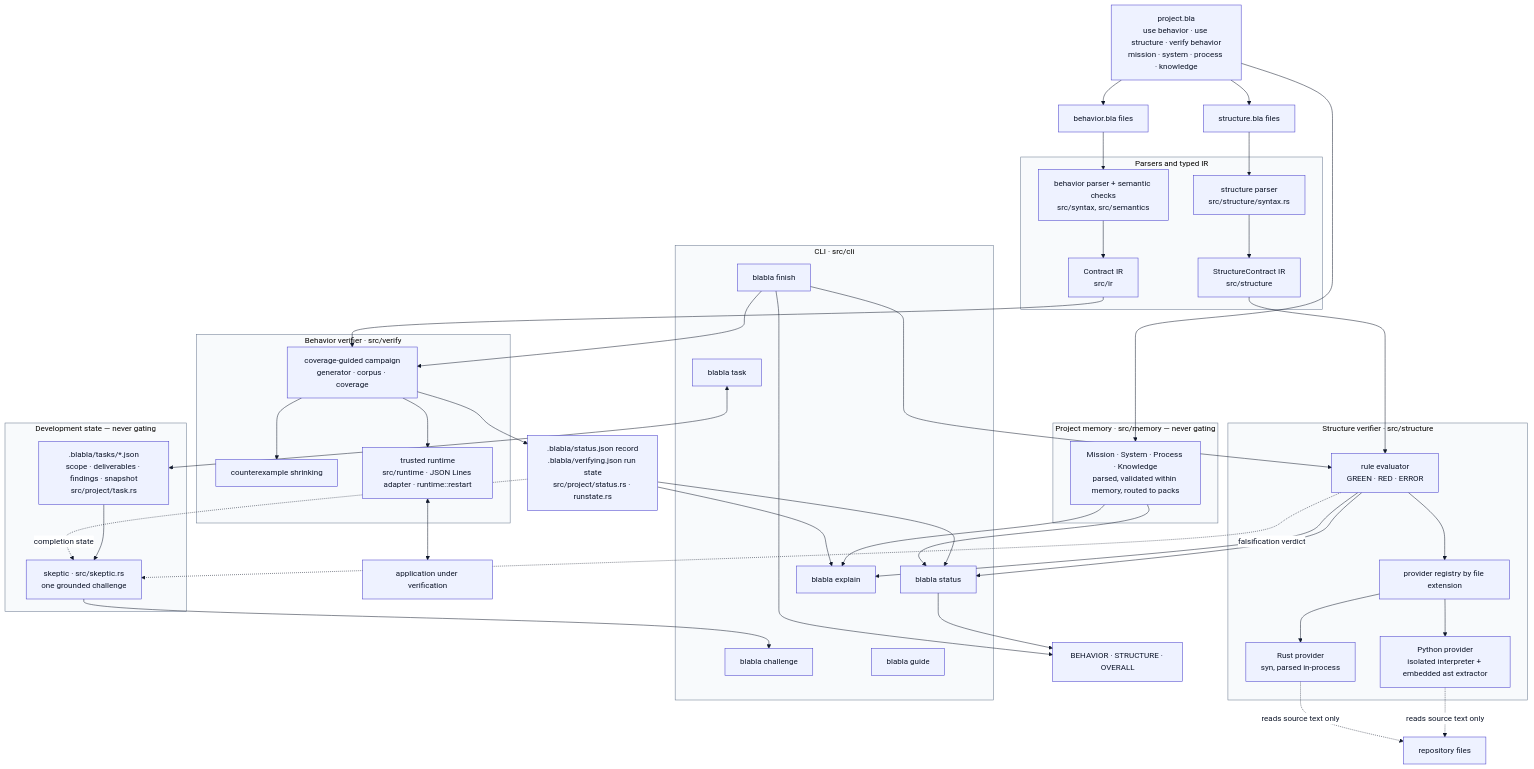
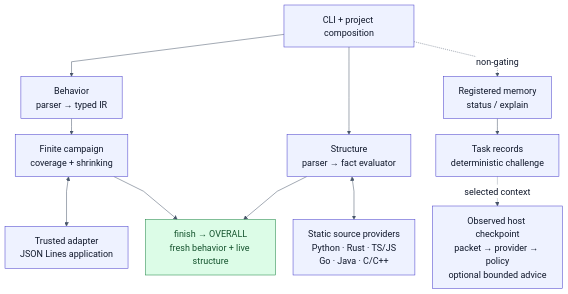
The diagram in docs/diagrams/architecture.mmd (Kiborgik/blabla), drawn with Mermaid before and after one commit. The commit also changed 150 other files, not shown here.

```diff
--- a/docs/diagrams/architecture.mmd
+++ b/docs/diagrams/architecture.mmd
@@ -1,69 +1,17 @@
-%%{init: {"theme":"base","themeVariables":{"primaryColor":"#eef2ff","primaryTextColor":"#0f172a","primaryBorderColor":"#4338ca","lineColor":"#0f172a","secondaryColor":"#f1f5f9","tertiaryColor":"#f8fafc","clusterBkg":"#f8fafc","clusterBorder":"#64748b","edgeLabelBackground":"#ffffff"},"themeCSS":".edgePath path.path, path.flowchart-link { stroke-width: 3px; } marker path { fill: #0f172a; stroke: #0f172a; } .node rect, .node polygon, .node circle { stroke-width: 2px; }"}}%%
+%%{init: {"theme":"base","themeVariables":{"fontFamily":"Arial, sans-serif","fontSize":"18px","primaryColor":"#eef2ff","primaryTextColor":"#0f172a","primaryBorderColor":"#4338ca","lineColor":"#475569","secondaryColor":"#f0fdfa","tertiaryColor":"#f8fafc","clusterBkg":"#f8fafc","clusterBorder":"#94a3b8","edgeLabelBackground":"#ffffff"},"flowchart":{"nodeSpacing":35,"rankSpacing":32,"curve":"linear"},"themeCSS":".edgePath path.path, path.flowchart-link { stroke-width: 2px; } .node rect, .node polygon { stroke-width: 2px; }"}}%%
 flowchart TB
     accTitle: BlaBla architecture
-    accDescr: project.bla composes behavior and structure contracts and registers project memory. Mission, System, Process and Knowledge are parsed by the memory subsystem and answered through status and explain; they never reach completion. Behavior contracts are parsed and type-checked into one typed contract IR that the behavior verifier runs as a coverage-guided campaign against the application through the trusted runtime, with counterexample shrinking. Structure contracts are parsed into a structure IR that the structure verifier evaluates against facts from a Python or Rust provider. Bounded task records under .blabla/tasks hold scope, deliverables and findings, and the skeptic forms one deterministic challenge from them. The behavior result is recorded with a run-state marker; structure is evaluated live. blabla status, explain, task, challenge and finish render these surfaces, and only finish decides the OVERALL gate.
-    manifest["project.bla<br/>use behavior · use structure · verify behavior<br/>mission · system · process · knowledge"]
-    behavior["behavior.bla files"]
-    structure["structure.bla files"]
-    manifest --> behavior
-    manifest --> structure
-    subgraph smemory["Project memory · src/memory — never gating"]
-        memory["Mission · System · Process · Knowledge<br/>parsed, validated within memory, routed to packs"]
-    end
-    manifest --> memory
-    subgraph compile["Parsers and typed IR"]
-        bparse["behavior parser + semantic checks<br/>src/syntax, src/semantics"] --> bir["Contract IR<br/>src/ir"]
-        sparse["structure parser<br/>src/structure/syntax.rs"] --> sir["StructureContract IR<br/>src/structure"]
-    end
-    behavior --> bparse
-    structure --> sparse
-    subgraph bverify["Behavior verifier · src/verify"]
-        campaign["coverage-guided campaign<br/>generator · corpus · coverage"]
-        shrink["counterexample shrinking"]
-        runtime["trusted runtime<br/>src/runtime · JSON Lines adapter · runtime::restart"]
-        campaign --> shrink
-        campaign --> runtime
-    end
-    subgraph sverify["Structure verifier · src/structure"]
-        evaluator["rule evaluator<br/>GREEN · RED · ERROR"]
-        registry["provider registry by file extension"]
-        python["Python provider<br/>isolated interpreter + embedded ast extractor"]
-        rustp["Rust provider<br/>syn, parsed in-process"]
-        evaluator --> registry --> python
-        registry --> rustp
-    end
-    bir --> campaign
-    sir --> evaluator
-    app["application under verification"]
-    runtime <--> app
-    python -. reads source text only .-> repo["repository files"]
-    rustp -. reads source text only .-> repo
-    record[".blabla/status.json record<br/>.blabla/verifying.json run state<br/>src/project/status.rs · runstate.rs"]
-    campaign --> record
-    subgraph sdev["Development state — never gating"]
-        task[".blabla/tasks/*.json<br/>scope · deliverables · findings · snapshot<br/>src/project/task.rs"]
-        skeptic["skeptic · src/skeptic.rs<br/>one grounded challenge"]
-        task --> skeptic
-    end
-    evaluator -. falsification verdict .-> skeptic
-    record -. completion state .-> skeptic
-    subgraph cli["CLI · src/cli"]
-        status["blabla status"]
-        explain["blabla explain"]
-        taskcmd["blabla task"]
-        challengecmd["blabla challenge"]
-        guide["blabla guide"]
-        finishcmd["blabla finish"]
-    end
-    record --> status
-    evaluator --> status
-    memory --> status
-    memory --> explain
-    record --> explain
-    evaluator --> explain
-    taskcmd <--> task
-    skeptic --> challengecmd
-    finishcmd --> evaluator
-    finishcmd --> campaign
-    status --> overall["BEHAVIOR · STRUCTURE · OVERALL"]
-    finishcmd --> overall
+    accDescr: The CLI and project layer compose two independent verification pipelines: behavior parsing and typed IR feed a finite campaign through the trusted application adapter; structure parsing feeds static source providers and one fact evaluator. finish combines fresh canonical behavior and live structure into OVERALL. Alongside them, memory feeds queries, task records feed deterministic challenge, and explicit host checkpoints feed bounded expert policy and optional advice. These non-gating surfaces never decide completion.
+    entry["CLI + project composition"]
+    entry --> behavior["Behavior<br/>parser → typed IR"]
+    entry --> structure["Structure<br/>parser → fact evaluator"]
+    behavior --> campaign["Finite campaign<br/>coverage + shrinking"]
+    campaign <--> app["Trusted adapter<br/>JSON Lines application"]
+    structure <--> providers["Static source providers<br/>Python · Rust · TS/JS<br/>Go · Java · C/C++"]
+    campaign --> result["finish → OVERALL<br/>fresh behavior + live structure"]
+    structure --> result
+    entry -. "non-gating" .-> memory["Registered memory<br/>status / explain"]
+    memory --> tasks["Task records<br/>deterministic challenge"]
+    tasks -. "selected context" .-> expert["Observed host checkpoint<br/>packet → provider → policy<br/>optional bounded advice"]
+    classDef gate fill:#dcfce7,stroke:#15803d,color:#14532d;
+    class result gate;
```
